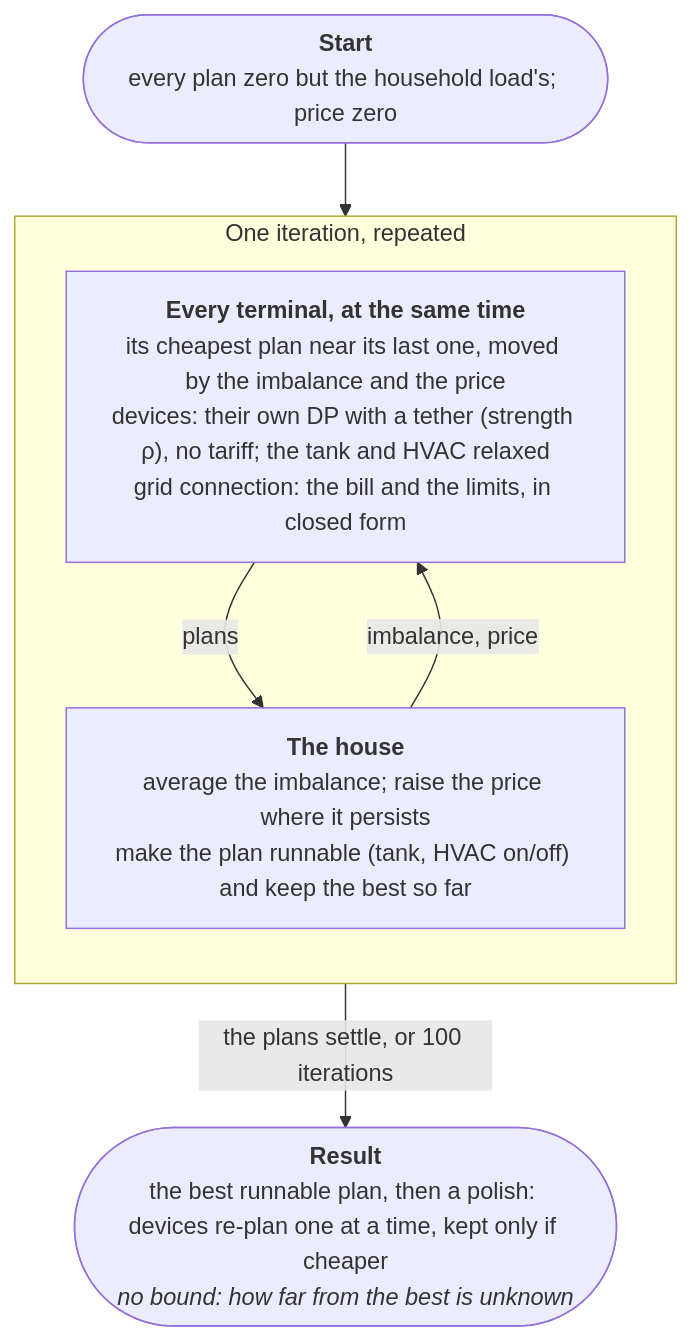
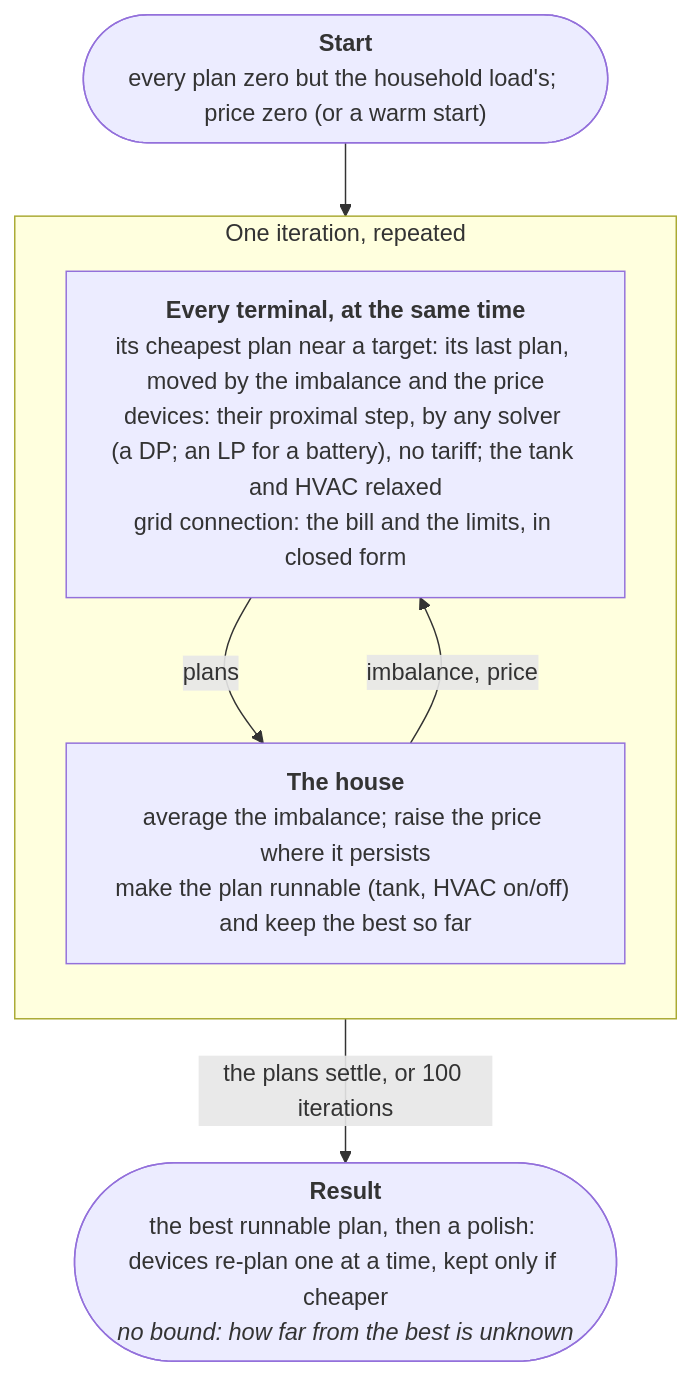
The diagram in docs/figs/flow_admm.mmd (ameetdesh/home-energy-optimizer), drawn with Mermaid before and after one commit. The commit also changed 14 other files, not shown here.

```diff
--- a/docs/figs/flow_admm.mmd
+++ b/docs/figs/flow_admm.mmd
@@ -1,12 +1,12 @@
 %%{init: {"flowchart": {"wrappingWidth": 320}}}%%
 %% ADMM (proximal message passing): every device steps near its last plan; a shared price moves with the imbalance.
 flowchart TB
-  S(["<b>Start</b><br/>every plan zero but the household load's; price zero"]) --> A
+  S(["<b>Start</b><br/>every plan zero but the household load's; price zero (or a warm start)"]) --> A
   subgraph R["One iteration, repeated"]
     direction TB
-    A["<b>Every terminal, at the same time</b><br/>its cheapest plan near its last one, moved by the imbalance and the price<br/>devices: their own DP with a tether (strength ρ), no tariff; the tank and HVAC relaxed<br/>grid connection: the bill and the limits, in closed form"]
+    A["<b>Every terminal, at the same time</b><br/>its cheapest plan near a target: its last plan, moved by the imbalance and the price<br/>devices: their proximal step, by any solver (a DP; an LP for a battery), no tariff; the tank and HVAC relaxed<br/>grid connection: the bill and the limits, in closed form"]
     B["<b>The house</b><br/>average the imbalance; raise the price where it persists<br/>make the plan runnable (tank, HVAC on/off) and keep the best so far"]
     A -- "plans" --> B
     B -- "imbalance, price" --> A
   end
   B -- "the plans settle, or 100 iterations" --> E(["<b>Result</b><br/>the best runnable plan, then a polish: devices re-plan one at a time, kept only if cheaper<br/><i>no bound: how far from the best is unknown</i>"])
```
